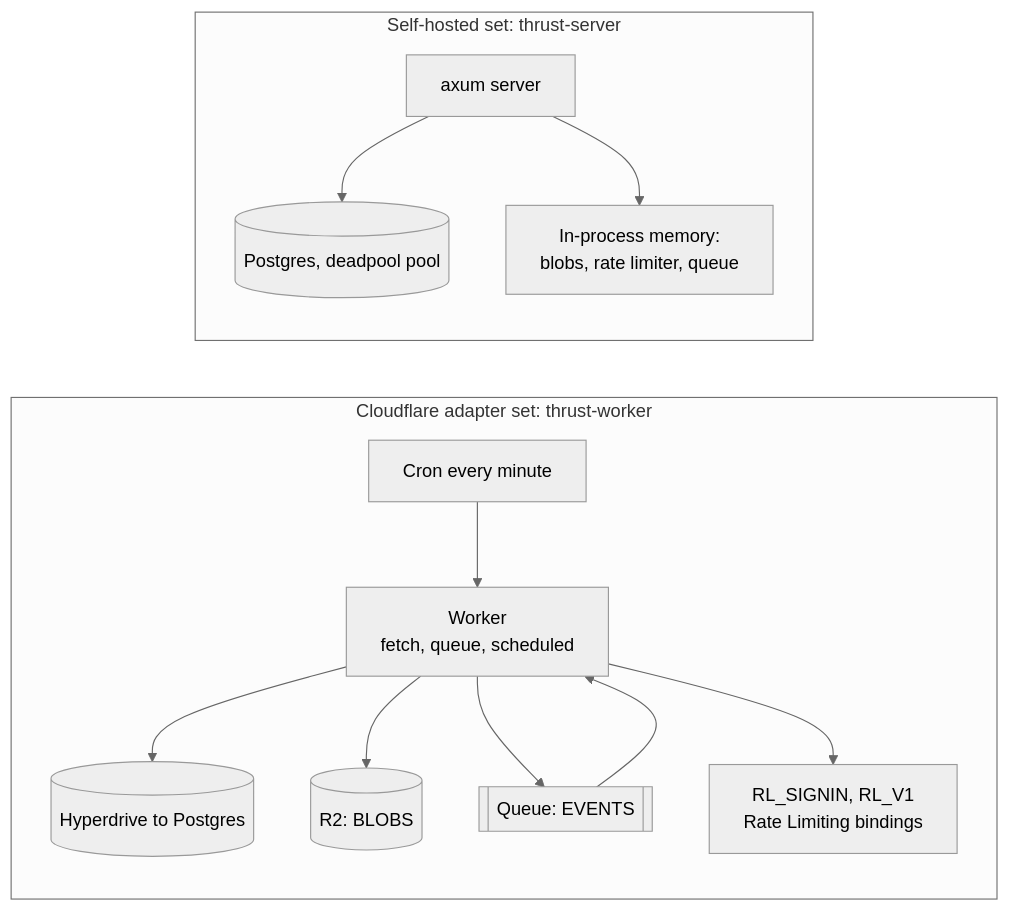
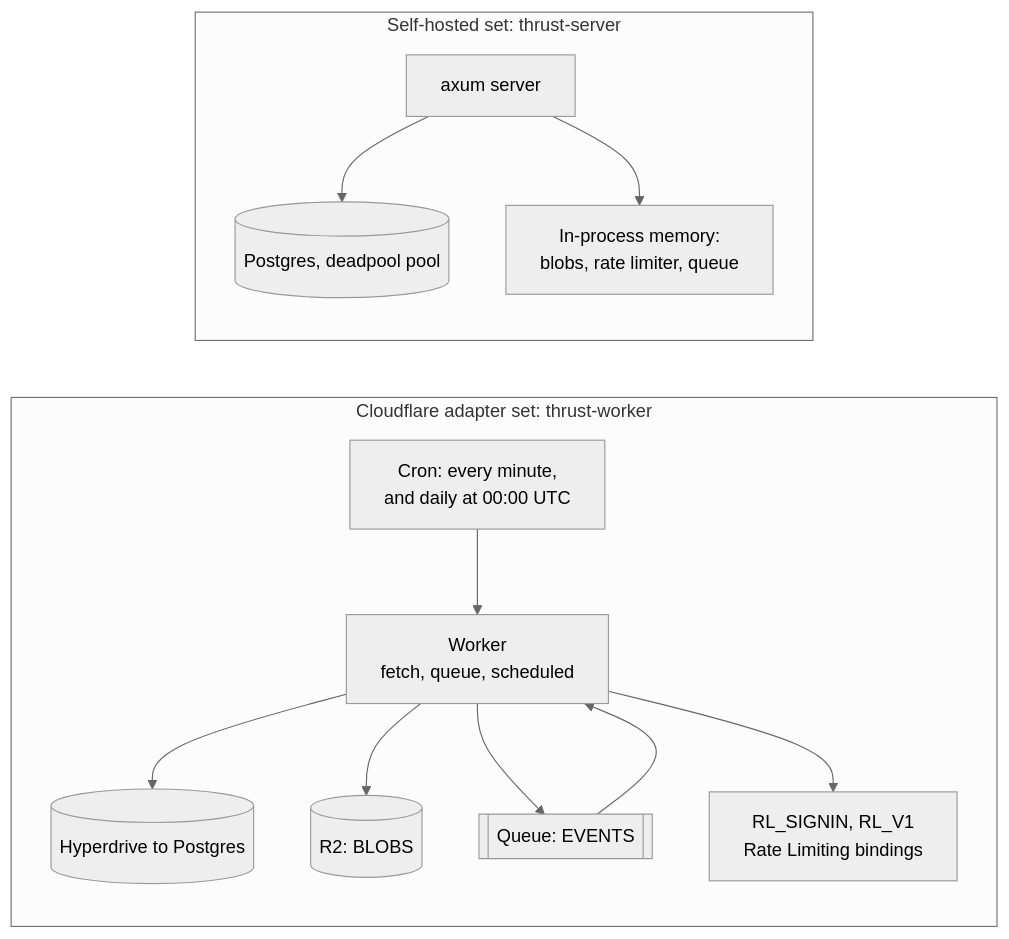
One commit to aRustyDev/thrust changed the diagram in docs/src/architecture/infra.md. Above: the diagram before and after it, drawn with Mermaid (neutral theme). The commit also changed other lines of this file and 29 other files, not shown here.

````diff
--- a/docs/src/architecture/infra.md
+++ b/docs/src/architecture/infra.md
@@ -16,17 +16,17 @@
 ```mermaid
 flowchart LR
   subgraph cf[Cloudflare adapter set: thrust-worker]
     w[Worker<br/>fetch, queue, scheduled]
     w --> hd[(Hyperdrive to Postgres)]
     w --> r2[(R2: BLOBS)]
     w --> q[[Queue: EVENTS]]
     w --> rl[RL_SIGNIN, RL_V1<br/>Rate Limiting bindings]
-    cron[Cron every minute] --> w
+    cron[Cron: every minute,<br/>and daily at 00:00 UTC] --> w
     q --> w
   end
   subgraph sh[Self-hosted set: thrust-server]
     s[axum server]
     s --> pgn[(Postgres, deadpool pool)]
     s --> mem[In-process memory:<br/>blobs, rate limiter, queue]
   end
 ```
````
